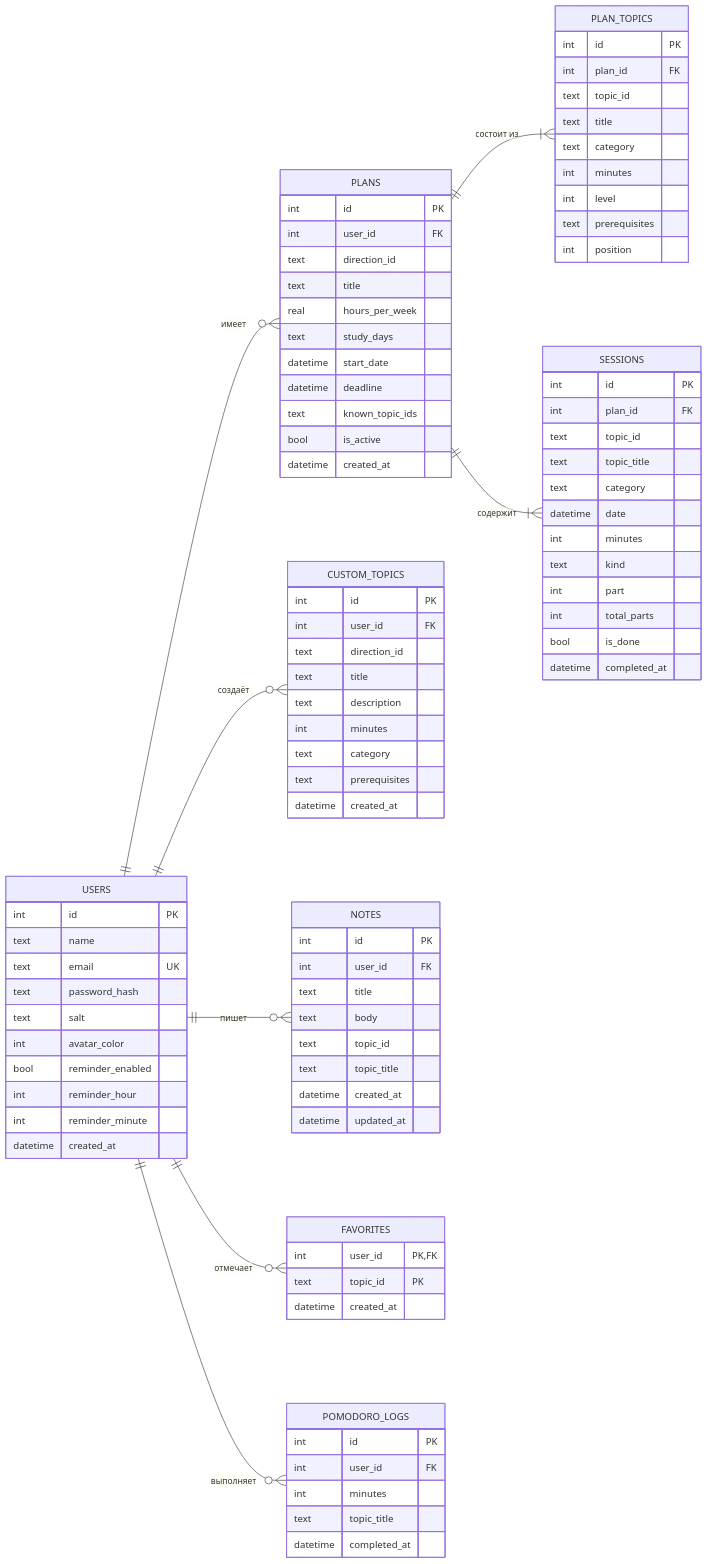
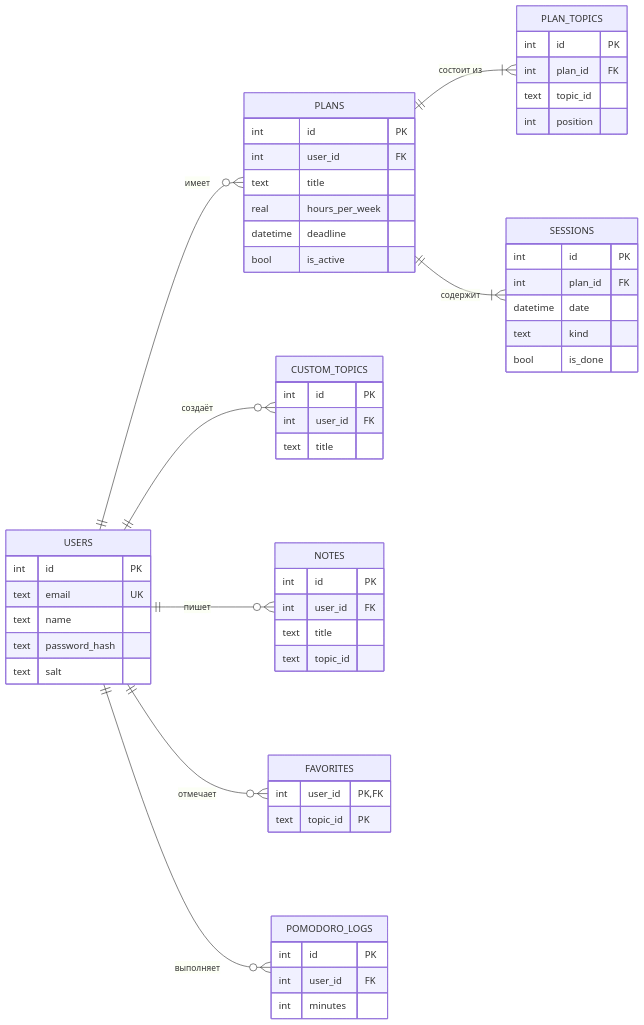
One commit to Barin5550/3_KURS_DIPLOMKA_BOBR_S changed the second of 4 diagrams in docs/coursework/04_chapter2_practice.md. Above: the diagram before and after it, drawn with Mermaid. The commit also changed other lines of this file and 12 other files, not shown here.

First line of the commit message:
Курсовая: оформление схем, таблиц и приложений

````diff
--- a/docs/coursework/04_chapter2_practice.md
+++ b/docs/coursework/04_chapter2_practice.md
@@ -106,4 +102,8 @@
 ```mermaid
+---
+config:
+  themeCSS: ".edgeLabel, .edgeLabel p, .labelBkg { font-size: 16px; }"
+---
 erDiagram
     direction LR
     USERS ||--o{ PLANS : "имеет"
@@ -116,85 +116,50 @@
 
     USERS {
         int id PK
+        text email UK
         text name
-        text email UK
         text password_hash
         text salt
-        int avatar_color
-        bool reminder_enabled
-        int reminder_hour
-        int reminder_minute
-        datetime created_at
     }
     PLANS {
         int id PK
         int user_id FK
-        text direction_id
         text title
         real hours_per_week
-        text study_days
-        datetime start_date
         datetime deadline
-        text known_topic_ids
         bool is_active
-        datetime created_at
     }
     PLAN_TOPICS {
         int id PK
         int plan_id FK
         text topic_id
-        text title
-        text category
-        int minutes
-        int level
-        text prerequisites
         int position
     }
     SESSIONS {
         int id PK
         int plan_id FK
-        text topic_id
-        text topic_title
-        text category
         datetime date
-        int minutes
         text kind
-        int part
-        int total_parts
         bool is_done
-        datetime completed_at
     }
     CUSTOM_TOPICS {
         int id PK
         int user_id FK
-        text direction_id
         text title
-        text description
-        int minutes
-        text category
-        text prerequisites
-        datetime created_at
     }
     NOTES {
         int id PK
         int user_id FK
         text title
-        text body
         text topic_id
-        text topic_title
-        datetime created_at
-        datetime updated_at
     }
     FAVORITES {
         int user_id PK, FK
         text topic_id PK
-        datetime created_at
     }
     POMODORO_LOGS {
         int id PK
         int user_id FK
         int minutes
-        text topic_title
-        datetime completed_at
     }
 ```
````
